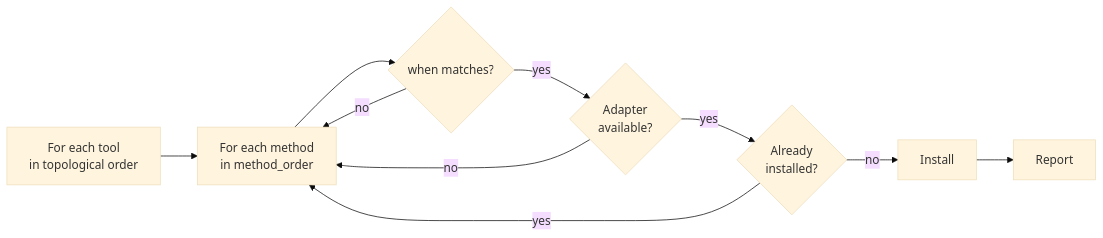
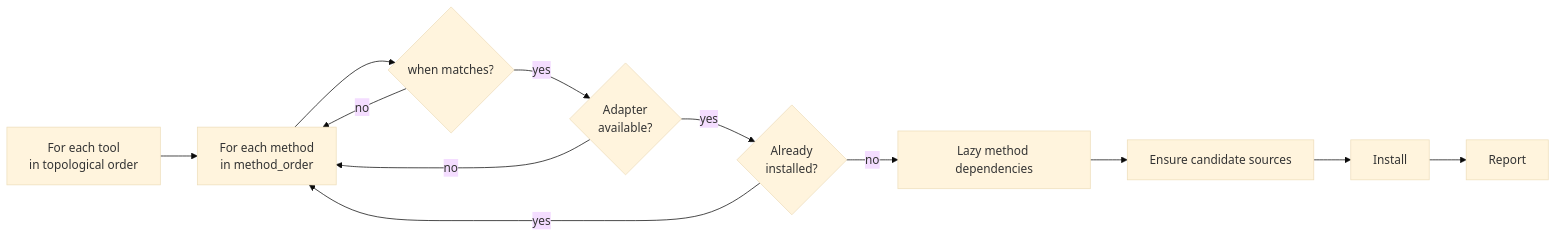
The second of 2 diagrams in docs/architecture.md (Khorea1/depengine), drawn with Mermaid (base theme) before and after one commit. The commit also changed other lines of this file and 6 other files, not shown here.

Commit message:
docs(schema): document installation capability contracts

````diff
--- a/docs/architecture.md
+++ b/docs/architecture.md
@@ -70,12 +77,14 @@
 ```mermaid
 flowchart LR
     A[For each tool\nin topological order] --> B[For each method\nin method_order]
     B --> C{when matches?}
     C -->|no| B
     C -->|yes| D{Adapter\navailable?}
     D -->|no| B
     D -->|yes| E{Already\ninstalled?}
     E -->|yes| B
-    E -->|no| F[Install]
+    E -->|no| P[Lazy method dependencies]
+    P --> S[Ensure candidate sources]
+    S --> F[Install]
     F --> G[Report]
 ```
````
